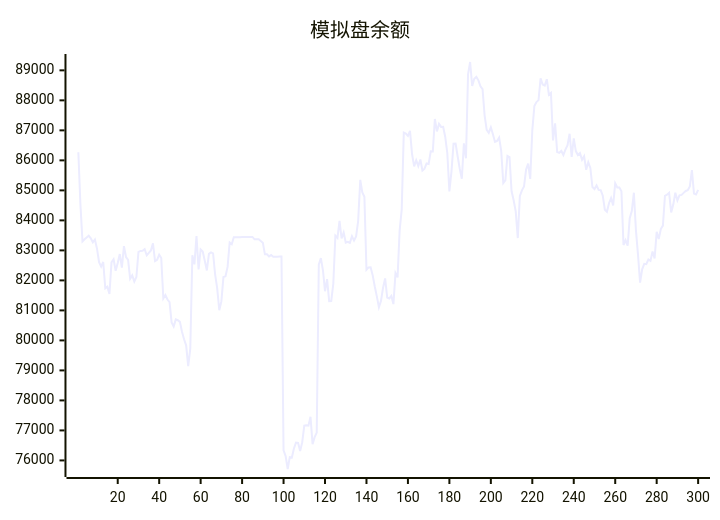
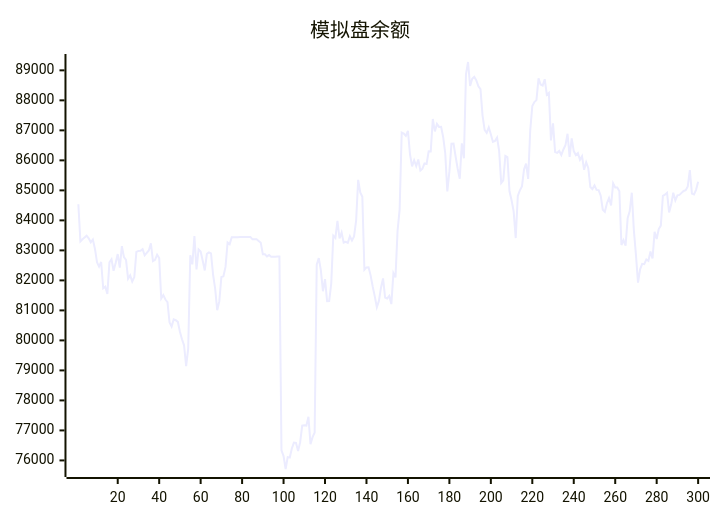
Before and after one commit to aahl/ai-trading: the diagram in README.md, drawn with Mermaid. The commit also changed other lines of this file and 1 other file, not shown here.

````diff
--- a/README.md
+++ b/README.md
@@ -5,5 +5,5 @@
 ```mermaid
 xychart
     title "模拟盘余额"
-    line [86273,84538,83299,83369,83430,83490,83404,83270,83362,83056,82605,82459,82614,81734,81788,81551,82598,82702,82320,82580,82878,82426,83139,82778,82686,82056,82166,81963,82110,82951,82983,82984,83038,82838,82915,82998,83235,82642,82682,82858,82746,81396,81512,81362,81277,80600,80461,80699,80673,80616,80288,80038,79836,79142,79722,82837,82533,83480,82366,83032,82960,82654,82330,82883,82934,82901,82188,81728,81005,81298,82110,82135,82449,83264,83203,83440,83439,83440,83440,83446,83447,83448,83447,83448,83449,83369,83369,83369,83313,83256,82872,82873,82801,82844,82785,82791,82791,82793,82794,76339,76145,75714,76110,76096,76397,76594,76585,76310,76607,77160,77170,77160,77456,76541,76774,76927,82520,82744,82337,81639,82040,81307,81314,81887,83490,83414,83984,83396,83594,83261,83287,83253,83470,83327,83465,83987,85348,84930,84786,82355,82433,82438,82167,81795,81466,81105,81315,81756,82064,81426,81398,81481,81210,82242,82099,83658,84359,86925,86892,86814,86980,86203,85802,86003,85811,86028,85657,85721,85896,85880,86300,86299,87378,86965,87214,87115,87118,86780,86238,84966,85623,86555,86562,86129,85722,85387,86569,86070,88870,89278,88477,88720,88781,88668,88467,88372,87493,87018,86917,87102,86870,86613,86644,86758,86317,85242,85334,86149,86106,84968,84671,84302,83410,84816,85001,85127,85693,85891,85384,87001,87811,87945,88007,88734,88528,88495,88705,88189,88248,86662,87234,86279,86251,86314,86177,86364,86503,86886,86114,86731,86310,86176,86240,86017,86136,85685,85938,85749,85111,85044,85164,85016,85008,84824,84354,84287,84572,84745,84500,85234,85096,85095,84970,83180,83338,83157,84070,84309,84922,83667,82850,81924,82369,82552,82539,82695,82648,82962,82728,83619,83378,83710,83825,84819,84854,84917,84265,84527,84919,84668,84834,84850,84916,84981,85004,85131,85674,84891,84864,85019]
+    line [84538,83299,83369,83430,83490,83404,83270,83362,83056,82605,82459,82614,81734,81788,81551,82598,82702,82320,82580,82878,82426,83139,82778,82686,82056,82166,81963,82110,82951,82983,82984,83038,82838,82915,82998,83235,82642,82682,82858,82746,81396,81512,81362,81277,80600,80461,80699,80673,80616,80288,80038,79836,79142,79722,82837,82533,83480,82366,83032,82960,82654,82330,82883,82934,82901,82188,81728,81005,81298,82110,82135,82449,83264,83203,83440,83439,83440,83440,83446,83447,83448,83447,83448,83449,83369,83369,83369,83313,83256,82872,82873,82801,82844,82785,82791,82791,82793,82794,76339,76145,75714,76110,76096,76397,76594,76585,76310,76607,77160,77170,77160,77456,76541,76774,76927,82520,82744,82337,81639,82040,81307,81314,81887,83490,83414,83984,83396,83594,83261,83287,83253,83470,83327,83465,83987,85348,84930,84786,82355,82433,82438,82167,81795,81466,81105,81315,81756,82064,81426,81398,81481,81210,82242,82099,83658,84359,86925,86892,86814,86980,86203,85802,86003,85811,86028,85657,85721,85896,85880,86300,86299,87378,86965,87214,87115,87118,86780,86238,84966,85623,86555,86562,86129,85722,85387,86569,86070,88870,89278,88477,88720,88781,88668,88467,88372,87493,87018,86917,87102,86870,86613,86644,86758,86317,85242,85334,86149,86106,84968,84671,84302,83410,84816,85001,85127,85693,85891,85384,87001,87811,87945,88007,88734,88528,88495,88705,88189,88248,86662,87234,86279,86251,86314,86177,86364,86503,86886,86114,86731,86310,86176,86240,86017,86136,85685,85938,85749,85111,85044,85164,85016,85008,84824,84354,84287,84572,84745,84500,85234,85096,85095,84970,83180,83338,83157,84070,84309,84922,83667,82850,81924,82369,82552,82539,82695,82648,82962,82728,83619,83378,83710,83825,84819,84854,84917,84265,84527,84919,84668,84834,84850,84916,84981,85004,85131,85674,84891,84864,85019,85284]
 ```
````
